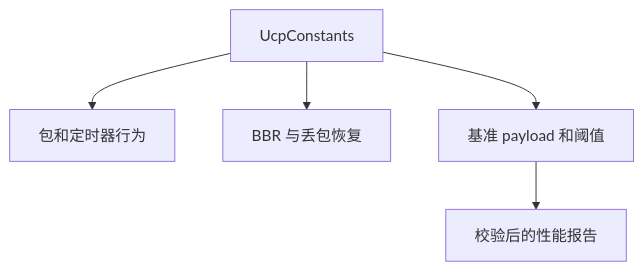
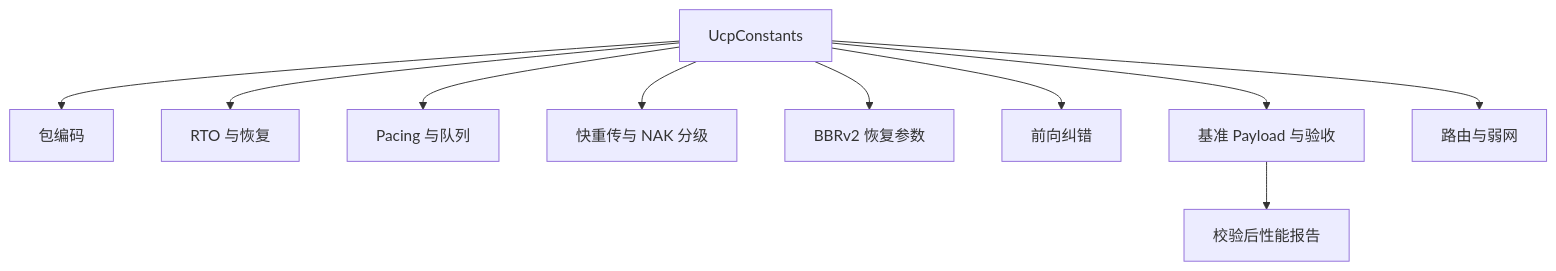
The first of 2 diagrams in docs/constants_CN.md (liulilittle/ucp), drawn with Mermaid before and after one commit. The commit also changed other lines of this file and 17 other files, not shown here.

````diff
--- a/docs/constants_CN.md
+++ b/docs/constants_CN.md
@@ -102,7 +9,13 @@
 ```mermaid
 flowchart TD
-    Constants[UcpConstants] --> Protocol[包和定时器行为]
-    Constants --> BBR[BBR 与丢包恢复]
-    Constants --> Benchmarks[基准 payload 和阈值]
-    Benchmarks --> Report[校验后的性能报告]
+    Constants[UcpConstants] --> Packet[包编码]
+    Constants --> RTO[RTO 与恢复]
+    Constants --> Pacing[Pacing 与队列]
+    Constants --> Recovery[快重传与 NAK 分级]
+    Constants --> BBRv2[BBRv2 恢复参数]
+    Constants --> FEC[前向纠错]
+    Constants --> Benchmarks[基准 Payload 与验收]
+    Constants --> Route[路由与弱网]
+
+    Benchmarks --> Report[校验后性能报告]
 ```
````
